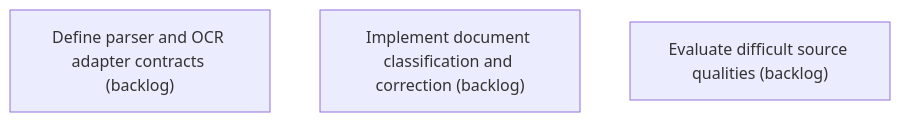
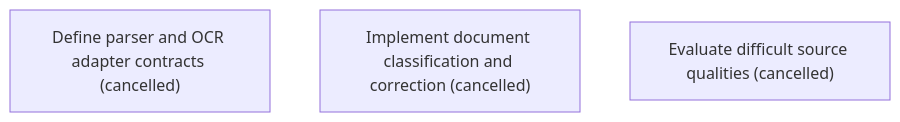
One commit to asadayoub/Evidentia changed the diagram in .skyhook/plan/epics/4SW4N0JFACNY6DTXECMKEKKKYR.md. Above: the diagram before and after it, drawn with Mermaid. The commit also changed other lines of this file and 54 other files, not shown here.

Commit message:
docs(skyhook): adopt interaction-first delivery roadmap

````diff
--- a/.skyhook/plan/epics/4SW4N0JFACNY6DTXECMKEKKKYR.md
+++ b/.skyhook/plan/epics/4SW4N0JFACNY6DTXECMKEKKKYR.md
@@ -22,6 +22,6 @@
 ```mermaid
 flowchart TD
-    C37NZW5X9ASZRS7XHZ7W56MG8V["Define parser and OCR adapter contracts (backlog)"]
-    RXAZEMKJVJNN58W029T397M3QN["Implement document classification and correction (backlog)"]
-    1VED17WSNE77N7VVCZTXC2NAT5["Evaluate difficult source qualities (backlog)"]
+    C37NZW5X9ASZRS7XHZ7W56MG8V["Define parser and OCR adapter contracts (cancelled)"]
+    RXAZEMKJVJNN58W029T397M3QN["Implement document classification and correction (cancelled)"]
+    1VED17WSNE77N7VVCZTXC2NAT5["Evaluate difficult source qualities (cancelled)"]
 ```
````
